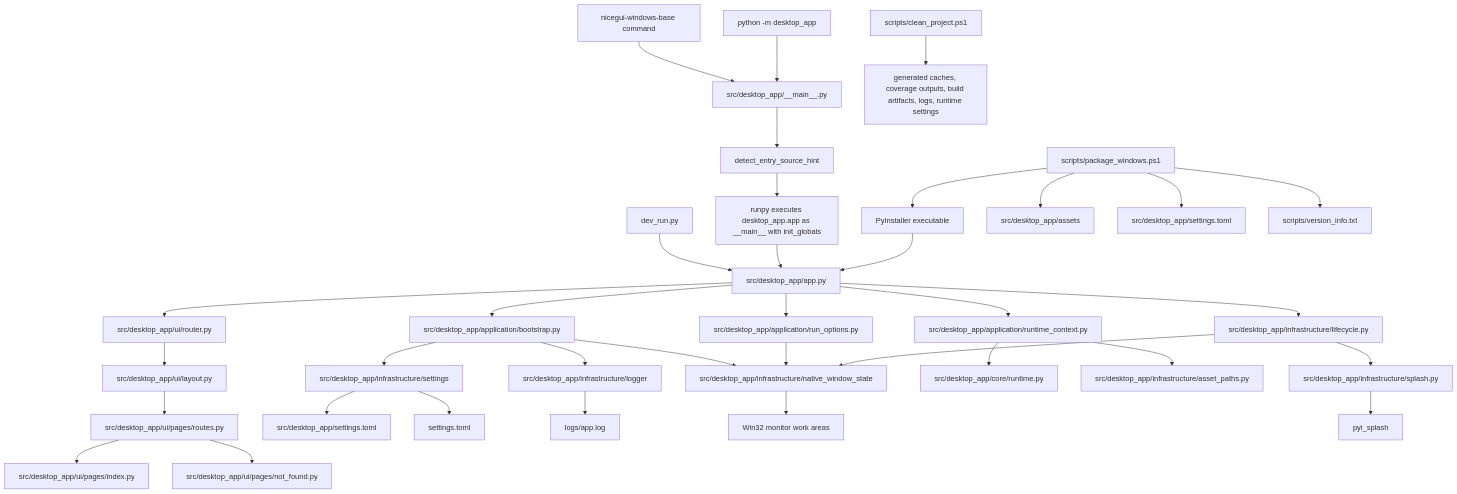
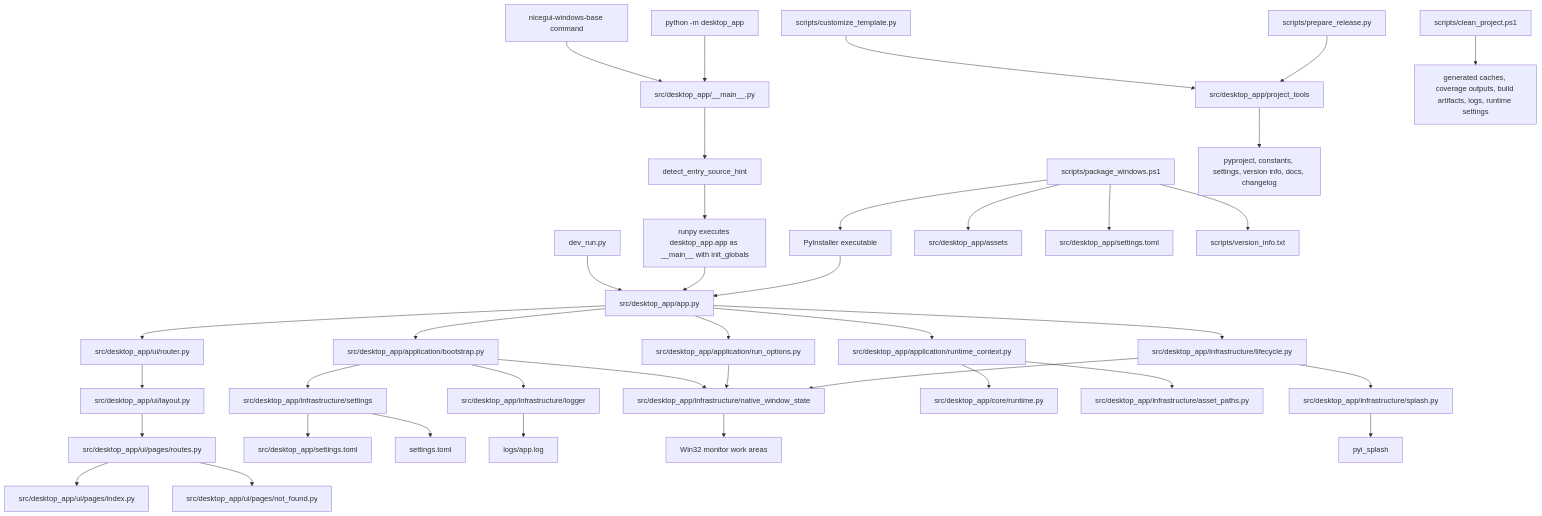
One commit to Fonze81/NiceGui-Windows-Base changed the first of 5 diagrams in docs/architecture.md. Above: the diagram before and after it, drawn with Mermaid. The commit also changed other lines of this file and 24 other files, not shown here.

First line of the commit message:
feat(template): add customization and release automation tools

````diff
--- a/docs/architecture.md
+++ b/docs/architecture.md
@@ -28,42 +29,45 @@
 ```mermaid
 flowchart TD
     A[dev_run.py] --> B[src/desktop_app/app.py]
     C[nicegui-windows-base command] --> D[src/desktop_app/__main__.py]
     E[python -m desktop_app] --> D
     D --> ESH[detect_entry_source_hint]
     ESH --> AA[runpy executes desktop_app.app as __main__ with init_globals]
     AA --> B
     F[PyInstaller executable] --> B
 
     B --> G[src/desktop_app/application/bootstrap.py]
     B --> H[src/desktop_app/application/runtime_context.py]
     B --> I[src/desktop_app/application/run_options.py]
     B --> J[src/desktop_app/ui/router.py]
     B --> K[src/desktop_app/infrastructure/lifecycle.py]
 
     J --> L[src/desktop_app/ui/layout.py]
     L --> M[src/desktop_app/ui/pages/routes.py]
     M --> N[src/desktop_app/ui/pages/index.py]
     M --> O[src/desktop_app/ui/pages/not_found.py]
 
     G --> P[src/desktop_app/infrastructure/settings]
     G --> Q[src/desktop_app/infrastructure/logger]
     G --> R[src/desktop_app/infrastructure/native_window_state]
     H --> S[src/desktop_app/core/runtime.py]
     H --> T[src/desktop_app/infrastructure/asset_paths.py]
     I --> R
     K --> U[src/desktop_app/infrastructure/splash.py]
     K --> R
 
     P --> V[src/desktop_app/settings.toml]
     P --> W[settings.toml]
     Q --> X[logs/app.log]
     R --> Y[Win32 monitor work areas]
     U --> Z[pyi_splash]
 
     PKG[scripts/package_windows.ps1] --> F
     PKG --> AB[src/desktop_app/assets]
     PKG --> AC[src/desktop_app/settings.toml]
     PKG --> AD[scripts/version_info.txt]
+    CUS[scripts/customize_template.py] --> PT[src/desktop_app/project_tools]
+    REL[scripts/prepare_release.py] --> PT
+    PT --> META[pyproject, constants, settings, version info, docs, changelog]
     CLN[scripts/clean_project.ps1] --> OUT[generated caches, coverage outputs, build artifacts, logs, runtime settings]
 ```
````
